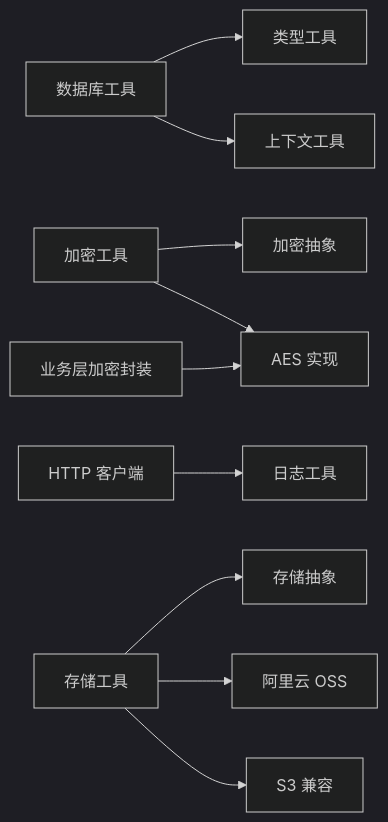
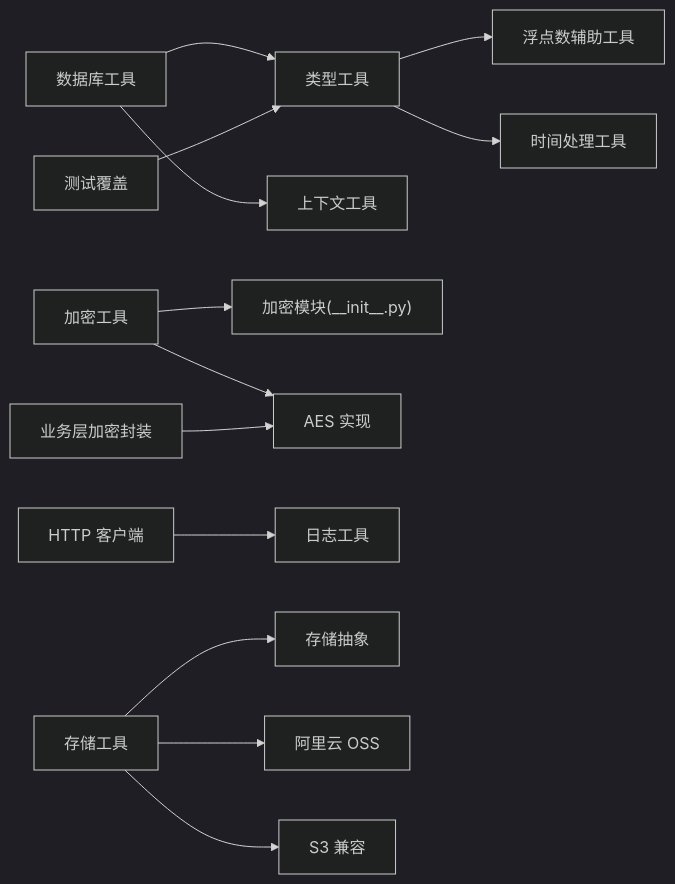
The third of 3 diagrams in .qoder/repowiki/zh/content/基础设施工具/基础设施工具.md (lilinzezzzzzz/fastapi-backend), drawn with Mermaid (dark theme) before and after one commit. The commit also changed other lines of this file and 42 other files, not shown here.

````diff
--- a/.qoder/repowiki/zh/content/基础设施工具/基础设施工具.md
+++ b/.qoder/repowiki/zh/content/基础设施工具/基础设施工具.md
@@ -321,12 +391,15 @@
 ```mermaid
 graph LR
 DB["数据库工具"] --> TYPES["类型工具"]
 DB --> CTX["上下文工具"]
-CRYPT["加密工具"] --> CRYPT_BASE["加密抽象"]
+TYPES --> FLOAT["浮点数辅助工具"]
+TYPES --> TIMER["时间处理工具"]
+CRYPT["加密工具"] --> CRYPT_INIT["加密模块(__init__.py)"]
 CRYPT --> CRYPT_AES["AES 实现"]
 HTTP["HTTP 客户端"] --> LOGGER["日志工具"]
 OSS["存储工具"] --> OSS_BASE["存储抽象"]
 OSS --> OSS_ALI["阿里云 OSS"]
 OSS --> OSS_S3["S3 兼容"]
-CORE_CRYPTO["业务层加密封装"] --> CRYPT_AES
+UTILS_CRYPTO["业务层加密封装"] --> CRYPT_AES
+TESTS["测试覆盖"] --> TYPES
 ```
````
